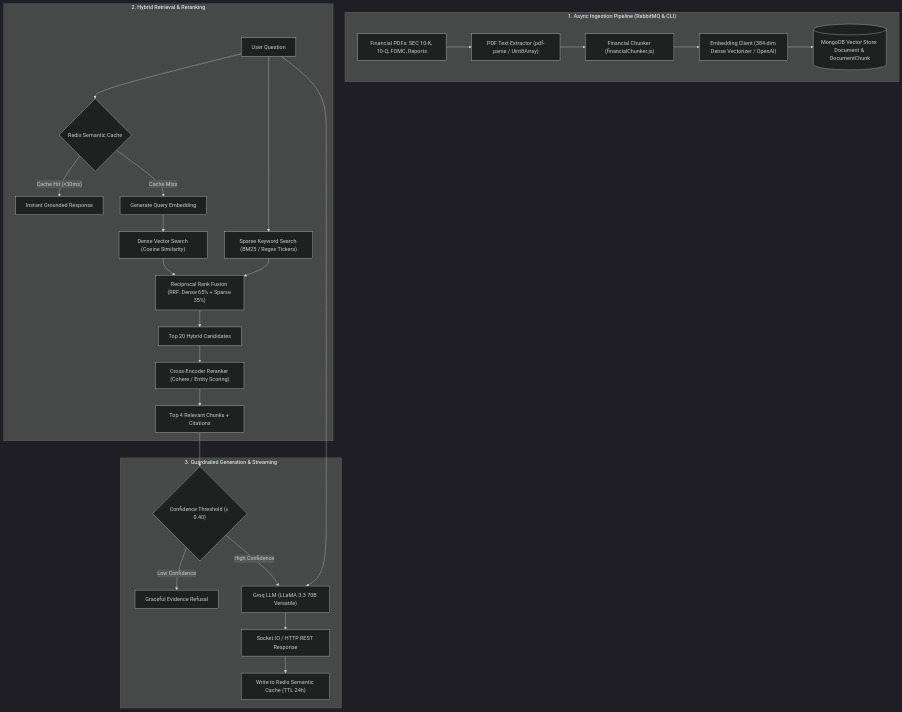
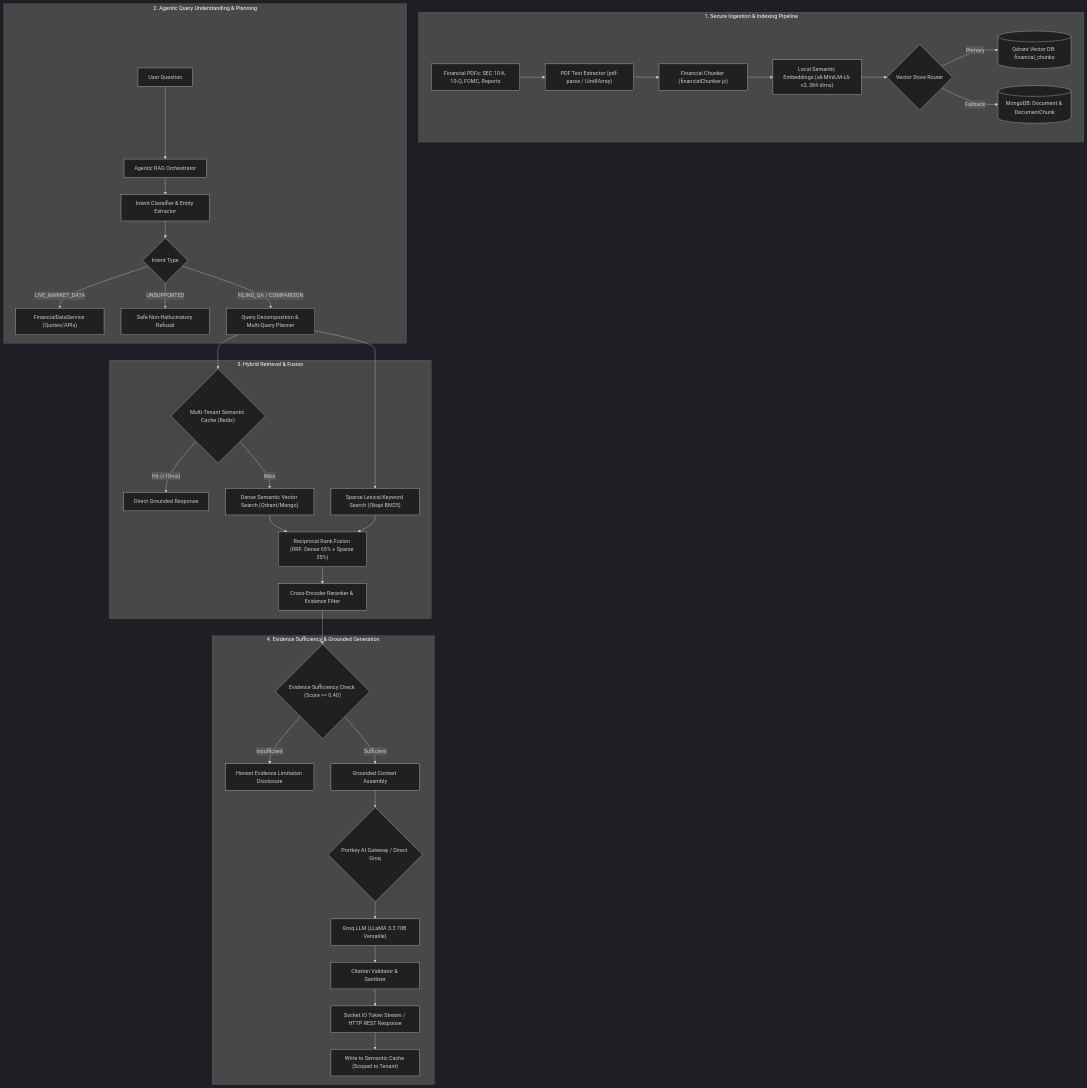
The diagram in docs/RAG_DOCUMENTATION.md (backendwithvishal/Backend_Global_Fit_Ulttra), drawn with Mermaid (dark theme) before and after one commit. The commit also changed other lines of this file and 25 other files, not shown here.

Commit message:
upgrade to enterprise agentic hybrid financial rag system

````diff
--- a/docs/RAG_DOCUMENTATION.md
+++ b/docs/RAG_DOCUMENTATION.md
@@ -35,31 +46,41 @@
 ```mermaid
 flowchart TD
-    subgraph Ingestion["1. Async Ingestion Pipeline (RabbitMQ & CLI)"]
+    subgraph Ingestion["1. Secure Ingestion & Indexing Pipeline"]
         DOCS["Financial PDFs: SEC 10-K, 10-Q, FOMC, Reports"] --> PARSER["PDF Text Extractor (pdf-parse / Uint8Array)"]
         PARSER --> CHUNKER["Financial Chunker (financialChunker.js)"]
-        CHUNKER --> EMBED["Embedding Client (384-dim Dense Vectorizer / OpenAI)"]
-        EMBED --> MONGO[("MongoDB Vector Store: Document & DocumentChunk")]
+        CHUNKER --> EMBED["Local Semantic Embeddings (all-MiniLM-L6-v2, 384 dims)"]
+        EMBED --> DUAL_STORE{"Vector Store Router"}
+        DUAL_STORE -- "Primary" --> QDRANT[("Qdrant Vector DB: financial_chunks")]
+        DUAL_STORE -- "Fallback" --> MONGO[("MongoDB: Document & DocumentChunk")]
     end
 
-    subgraph Retrieval["2. Hybrid Retrieval & Reranking"]
-        QUERY["User Question"] --> S_CACHE{"Redis Semantic Cache"}
-        S_CACHE -- "Cache Hit (<30ms)" --> CACHED["Instant Grounded Response"]
-        S_CACHE -- "Cache Miss" --> EMBED_Q["Generate Query Embedding"]
-        EMBED_Q --> DENSE["Dense Vector Search (Cosine Similarity)"]
-        QUERY --> SPARSE["Sparse Keyword Search (BM25 / Regex Tickers)"]
-        DENSE --> RRF["Reciprocal Rank Fusion (RRF: Dense 65% + Sparse 35%)"]
-        SPARSE --> RRF
-        RRF --> TOP20["Top 20 Hybrid Candidates"]
-        TOP20 --> RERANK["Cross-Encoder Reranker (Cohere / Entity Scoring)"]
-        RERANK --> TOP4["Top 4 Relevant Chunks + Citations"]
+    subgraph AgenticOrchestration["2. Agentic Query Understanding & Planning"]
+        USER_Q["User Question"] --> ORCHESTRATOR["Agentic RAG Orchestrator"]
+        ORCHESTRATOR --> CLASSIFIER["Intent Classifier & Entity Extractor"]
+        CLASSIFIER --> ROUTING{"Intent Type"}
+        ROUTING -- "LIVE_MARKET_DATA" --> LIVE_SERVICE["FinancialDataService (Quotes/APIs)"]
+        ROUTING -- "UNSUPPORTED" --> SAFE_REFUSAL["Safe Non-Hallucinatory Refusal"]
+        ROUTING -- "FILING_QA / COMPARISON" --> PLANNER["Query Decomposition & Multi-Query Planner"]
     end
 
-    subgraph Generation["3. Guardrailed Generation & Streaming"]
-        TOP4 --> GUARDRAIL{"Confidence Threshold (≥ 0.40)"}
-        GUARDRAIL -- "Low Confidence" --> FALLBACK["Graceful Evidence Refusal"]
-        GUARDRAIL -- "High Confidence" --> GROQ["Groq LLM (LLaMA 3.3 70B Versatile)"]
-        QUERY --> GROQ
-        GROQ --> STREAM["Socket.IO / HTTP REST Response"]
-        STREAM --> WRITE_CACHE["Write to Redis Semantic Cache (TTL 24h)"]
+    subgraph HybridRetrieval["3. Hybrid Retrieval & Fusion"]
+        PLANNER --> CACHE{"Multi-Tenant Semantic Cache (Redis)"}
+        CACHE -- "Hit (<10ms)" --> CACHED_RES["Direct Grounded Response"]
+        CACHE -- "Miss" --> DENSE_SEARCH["Dense Semantic Vector Search (Qdrant/Mongo)"]
+        PLANNER --> SPARSE_SEARCH["Sparse Lexical Keyword Search (Okapi BM25)"]
+        DENSE_SEARCH --> RRF["Reciprocal Rank Fusion (RRF: Dense 65% + Sparse 35%)"]
+        SPARSE_SEARCH --> RRF
+        RRF --> RERANK["Cross-Encoder Reranker & Evidence Filter"]
+    end
+
+    subgraph GroundedSynthesis["4. Evidence Sufficiency & Grounded Generation"]
+        RERANK --> SUFFICIENCY{"Evidence Sufficiency Check (Score >= 0.40)"}
+        SUFFICIENCY -- "Insufficient" --> REFUSAL["Honest Evidence Limitation Disclosure"]
+        SUFFICIENCY -- "Sufficient" --> PROMPT["Grounded Context Assembly"]
+        PROMPT --> GATEWAY{"Portkey AI Gateway / Direct Groq"}
+        GATEWAY --> GROQ["Groq LLM (LLaMA 3.3 70B Versatile)"]
+        GROQ --> VALIDATOR["Citation Validator & Sanitizer"]
+        VALIDATOR --> STREAM["Socket.IO Token Stream / HTTP REST Response"]
+        STREAM --> CACHE_WRITE["Write to Semantic Cache (Scoped to Tenant)"]
     end
 ```
````
